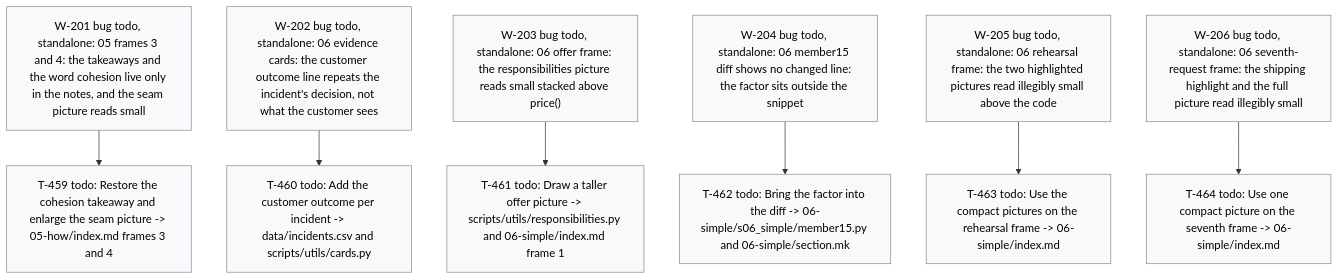
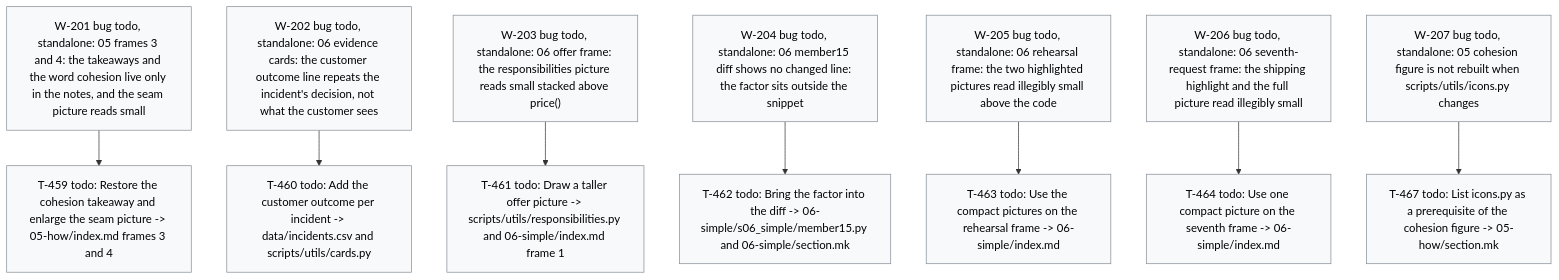
The diagram in .board/BOARD.md (dpopchev/chaos-to-simple), drawn with Mermaid before and after one commit. The commit also changed other lines of this file and 2 other files, not shown here.

Commit message:
chore(board): file W-207 -- cohesion.png misses its icons.py prerequisite (W-207, T-457)

````diff
--- a/.board/BOARD.md
+++ b/.board/BOARD.md
@@ -1189,21 +1190,23 @@
 ```mermaid
 flowchart TD
   W201["W-201 bug todo, standalone: 05 frames 3 and 4: the takeaways and the word cohesion live only in the notes, and the seam picture reads small"]
   W201 --> T459["T-459 todo: Restore the cohesion takeaway and enlarge the seam picture -> 05-how/index.md frames 3 and 4"]
   W202["W-202 bug todo, standalone: 06 evidence cards: the customer outcome line repeats the incident's decision, not what the customer sees"]
   W202 --> T460["T-460 todo: Add the customer outcome per incident -> data/incidents.csv and scripts/utils/cards.py"]
   W203["W-203 bug todo, standalone: 06 offer frame: the responsibilities picture reads small stacked above price()"]
   W203 --> T461["T-461 todo: Draw a taller offer picture -> scripts/utils/responsibilities.py and 06-simple/index.md frame 1"]
   W204["W-204 bug todo, standalone: 06 member15 diff shows no changed line: the factor sits outside the snippet"]
   W204 --> T462["T-462 todo: Bring the factor into the diff -> 06-simple/s06_simple/member15.py and 06-simple/section.mk"]
   W205["W-205 bug todo, standalone: 06 rehearsal frame: the two highlighted pictures read illegibly small above the code"]
   W205 --> T463["T-463 todo: Use the compact pictures on the rehearsal frame -> 06-simple/index.md"]
   W206["W-206 bug todo, standalone: 06 seventh-request frame: the shipping highlight and the full picture read illegibly small"]
   W206 --> T464["T-464 todo: Use one compact picture on the seventh frame -> 06-simple/index.md"]
+  W207["W-207 bug todo, standalone: 05 cohesion figure is not rebuilt when scripts/utils/icons.py changes"]
+  W207 --> T467["T-467 todo: List icons.py as a prerequisite of the cohesion figure -> 05-how/section.mk"]
   classDef doing fill:#fff3bf,stroke:#b58900,color:#000;
   classDef blocked fill:#ffe3e3,stroke:#c92a2a,color:#000;
   classDef done fill:#e6ffed,stroke:#2b8a3e,color:#000;
   classDef todo fill:#f8f9fa,stroke:#868e96,color:#000;
   classDef pruned fill:#f1f3f5,stroke:#adb5bd,color:#000;
-  class W201,T459,W202,T460,W203,T461,W204,T462,W205,T463,W206,T464 todo
+  class W201,T459,W202,T460,W203,T461,W204,T462,W205,T463,W206,T464,W207,T467 todo
 ```
````
